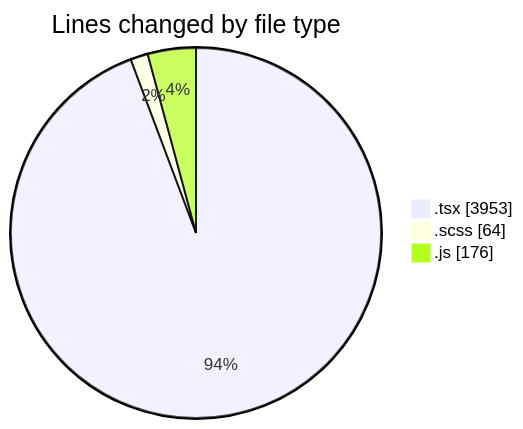
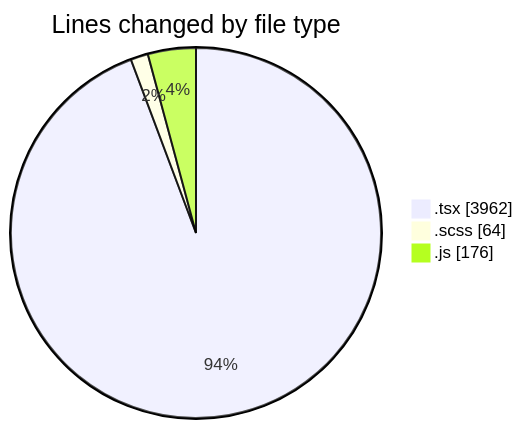
One commit to momahboobian/code-tracking changed the first of 2 diagrams in 2025-06-16/cda/README.md. Above: the diagram before and after it, drawn with Mermaid. The commit also changed other lines of this file and 1 other file, not shown here.

First line of the commit message:
type(cda): Lines Added in HelperGlossary.tsx increased by 7

````diff
--- a/2025-06-16/cda/README.md
+++ b/2025-06-16/cda/README.md
@@ -35,7 +35,7 @@
 ```mermaid
 pie showData
 title Lines changed by file type
-".tsx" : 3953
+".tsx" : 3962
 ".scss" : 64
 ".js" : 176
 ```
````
